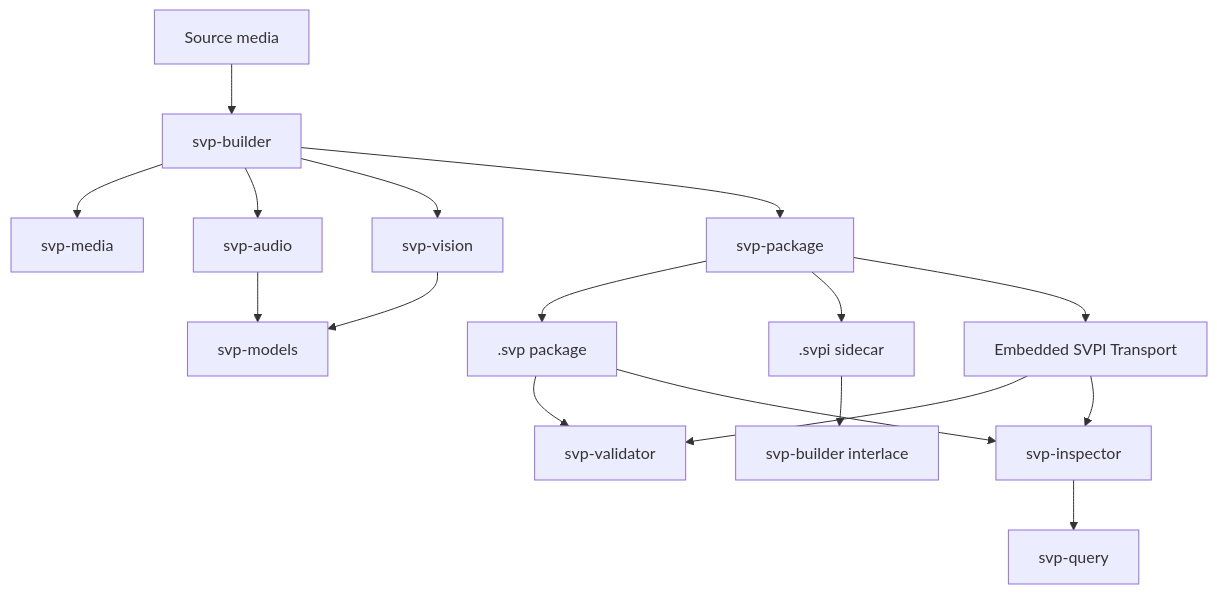
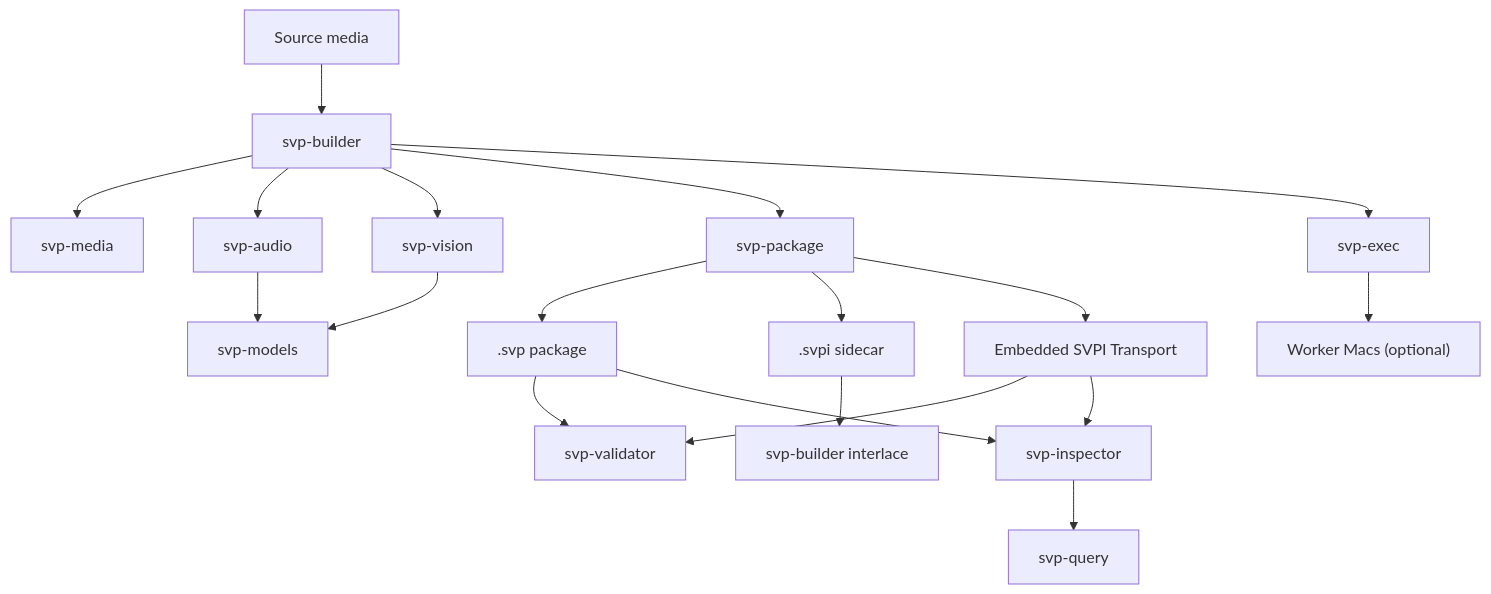
One commit to semanticvideo/svp changed the diagram in README.md. Above: the diagram before and after it, drawn with Mermaid. The commit also changed other lines of this file and 119 other files, not shown here.

First line of the commit message:
feat(workers): self-updating worker service and SSH-free fleet install (#182)

````diff
--- a/README.md
+++ b/README.md
@@ -150,19 +156,21 @@
 ```mermaid
 flowchart TD
     Source["Source media"] --> Builder["svp-builder"]
     Builder --> Media["svp-media"]
     Builder --> Audio["svp-audio"]
     Builder --> Vision["svp-vision"]
     Builder --> Package["svp-package"]
+    Builder --> Exec["svp-exec"]
+    Exec --> Workers["Worker Macs (optional)"]
     Audio --> Models["svp-models"]
     Vision --> Models
     Package --> SVP[".svp package"]
     Package --> SVPI[".svpi sidecar"]
     Package --> Embedded["Embedded SVPI Transport"]
     SVP --> Validator["svp-validator"]
     SVPI --> Interlace["svp-builder interlace"]
     Embedded --> Validator
     Embedded --> Inspector
     SVP --> Inspector["svp-inspector"]
     Inspector --> Query["svp-query"]
 ```
````
